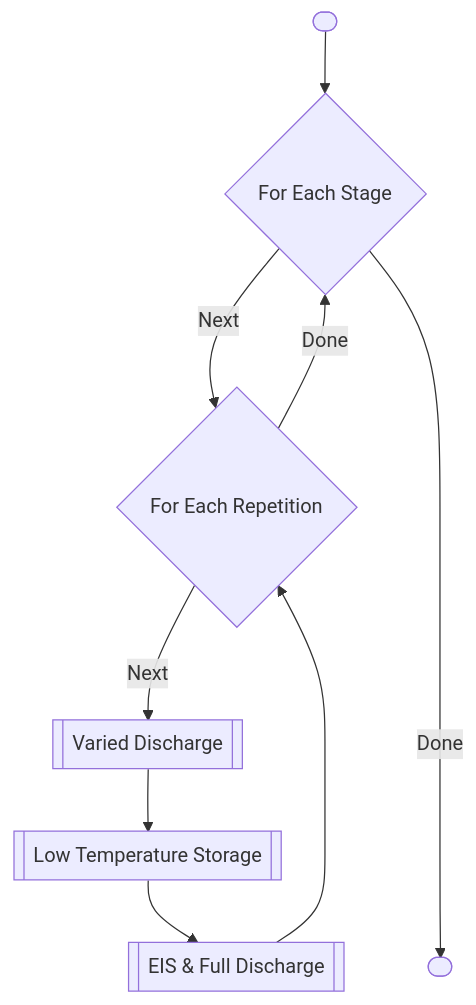
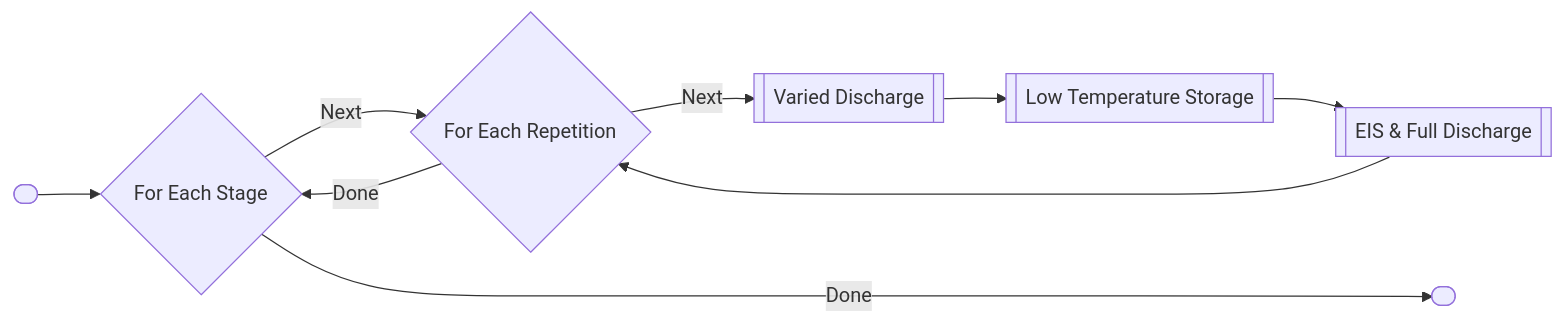
The first of 3 diagrams in Docs/UCT003 SoH Methodology.md (UCT-MARiS/SISPS-EXP-SOH), drawn with Mermaid before and after one commit. The commit also changed other lines of this file and 2 other files, not shown here.

````diff
--- a/Docs/UCT003 SoH Methodology.md
+++ b/Docs/UCT003 SoH Methodology.md
@@ -39,21 +51,21 @@
 ```mermaid
-flowchart TB
+flowchart LR
 
 start([ ])
 stage{For Each Stage}
 repetition{For Each Repetition}
 varied[[Varied Discharge]]
 storage[[Low Temperature Storage]]
 discharge[[EIS & Full Discharge]]
 done([ ])
 
 start --> stage
 stage -->|Next| repetition
 repetition -->|Next| varied
 varied --> storage
 storage --> discharge
 discharge --> repetition
 repetition -->|Done| stage
 
 stage ----->|Done| done
 ```
````
